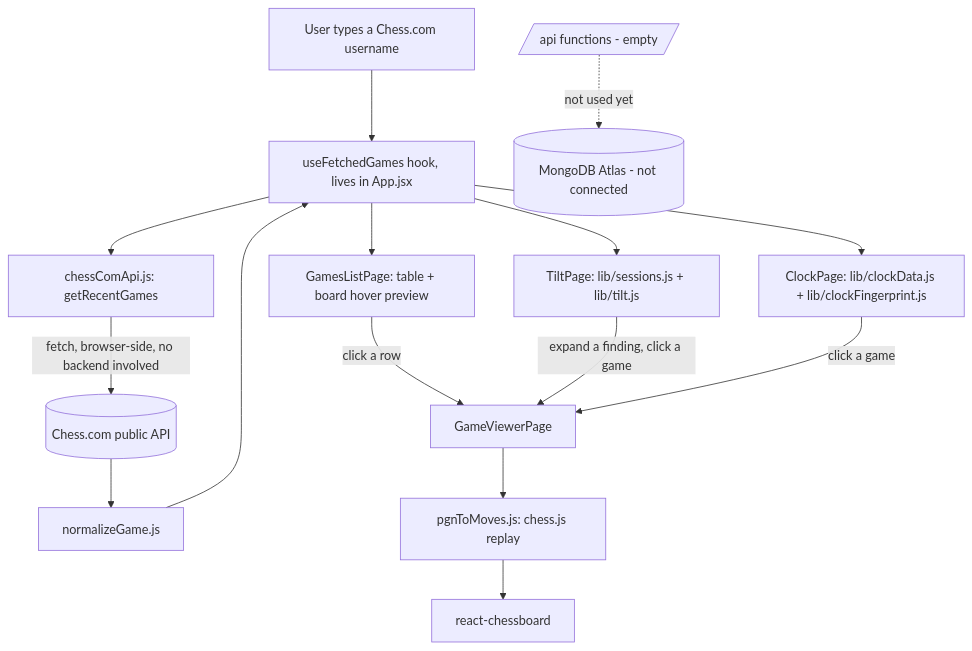
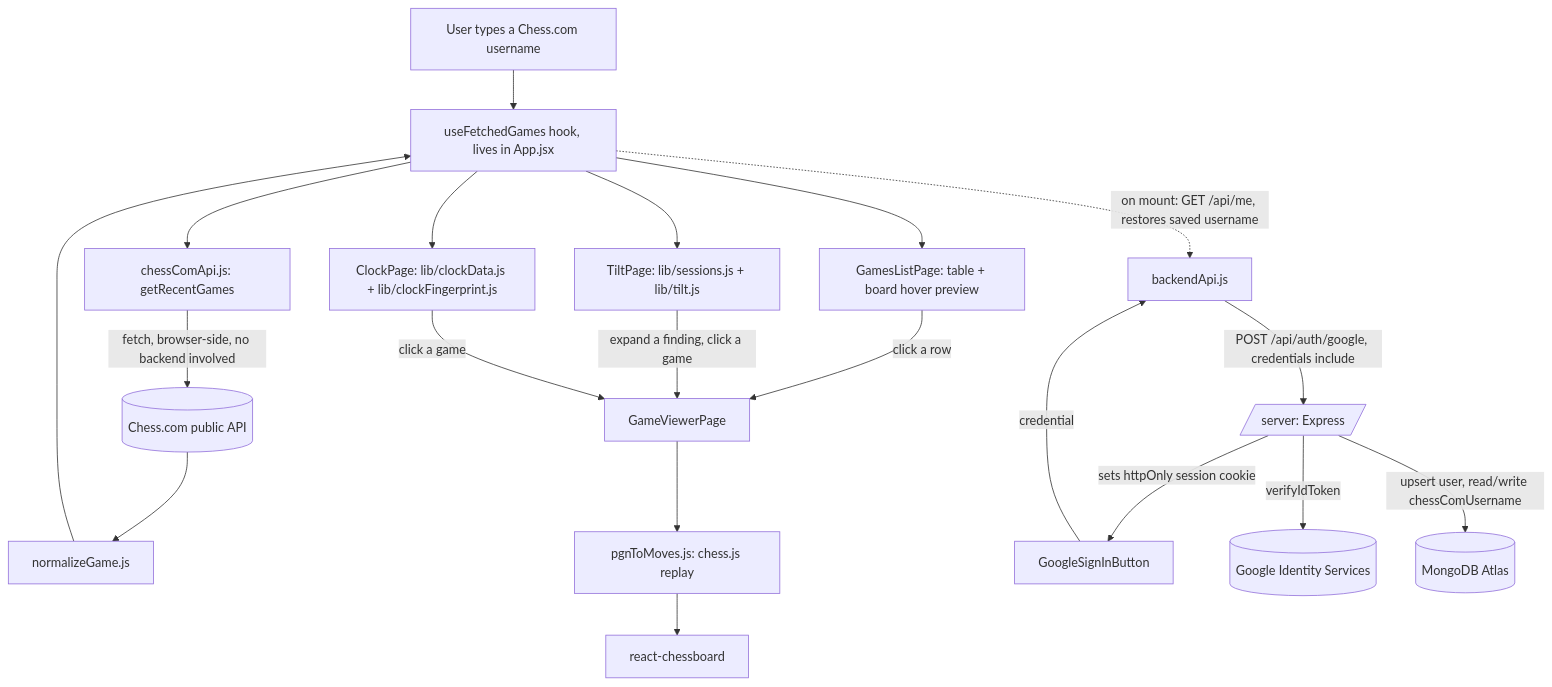
Before and after one commit to Mizan1912/ChessDNA: the diagram in flow.md, drawn with Mermaid. The commit also changed other lines of this file and 19 other files, not shown here.

First line of the commit message:
Phase 3: Google sign-in, Express backend, saved usernames

````diff
--- a/flow.md
+++ b/flow.md
@@ -49,18 +63,23 @@
 ```mermaid
 flowchart TD
   User[User types a Chess.com username] --> Hook[useFetchedGames hook, lives in App.jsx]
   Hook --> API[chessComApi.js: getRecentGames]
   API -->|fetch, browser-side, no backend involved| ChessCom[(Chess.com public API)]
   ChessCom --> Normalize[normalizeGame.js]
   Normalize --> Hook
   Hook --> List[GamesListPage: table + board hover preview]
   Hook --> Tilt[TiltPage: lib/sessions.js + lib/tilt.js]
   Hook --> Clock[ClockPage: lib/clockData.js + lib/clockFingerprint.js]
   List -->|click a row| Viewer[GameViewerPage]
   Tilt -->|expand a finding, click a game| Viewer
   Clock -->|click a game| Viewer
   Viewer --> PgnToMoves[pgnToMoves.js: chess.js replay]
   PgnToMoves --> Board[react-chessboard]
 
-  APIFolder[/api functions - empty/] -.->|not used yet| DB[(MongoDB Atlas - not connected)]
+  GoogleBtn[GoogleSignInButton] -->|credential| BackendApi[backendApi.js]
+  BackendApi -->|POST /api/auth/google, credentials include| Server[/server: Express/]
+  Server -->|verifyIdToken| Google[(Google Identity Services)]
+  Server -->|upsert user, read/write chessComUsername| Mongo[(MongoDB Atlas)]
+  Server -->|sets httpOnly session cookie| GoogleBtn
+  Hook -.->|on mount: GET /api/me, restores saved username| BackendApi
 ```
````
